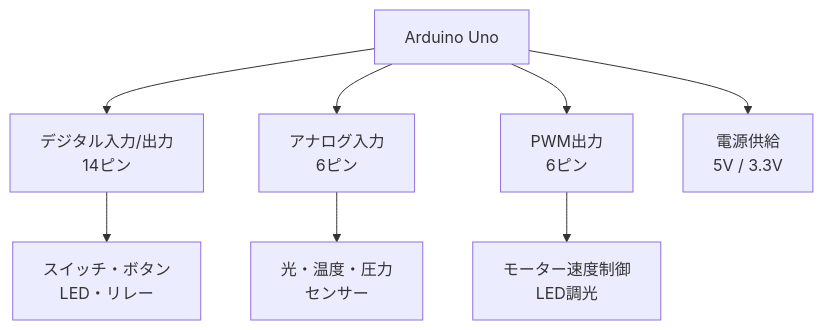
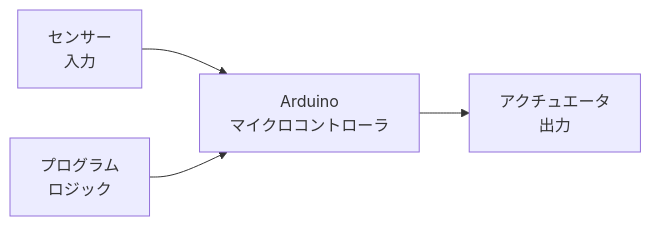
The first of 3 diagrams in docs/books/04-critical-making/ch02-physical-computing.md (Hide-nu/Designer-curriculum), drawn with Mermaid before and after one commit. The commit also changed other lines of this file and 13 other files, not shown here.

````diff
--- a/docs/books/04-critical-making/ch02-physical-computing.md
+++ b/docs/books/04-critical-making/ch02-physical-computing.md
@@ -15,10 +17,6 @@
 ```mermaid
-graph TD
-    A[Arduino Uno] --> B[デジタル入力/出力<br>14ピン]
-    A --> C[アナログ入力<br>6ピン]
-    A --> D[PWM出力<br>6ピン]
-    A --> E[電源供給<br>5V / 3.3V]
-    B --> F[スイッチ・ボタン<br>LED・リレー]
-    C --> G[光・温度・圧力<br>センサー]
-    D --> H[モーター速度制御<br>LED調光]
+graph LR
+    A[センサー<br/>入力] --> B[Arduino<br/>マイクロコントローラ]
+    B --> C[アクチュエータ<br/>出力]
+    D[プログラム<br/>ロジック] --> B
 ```
````
